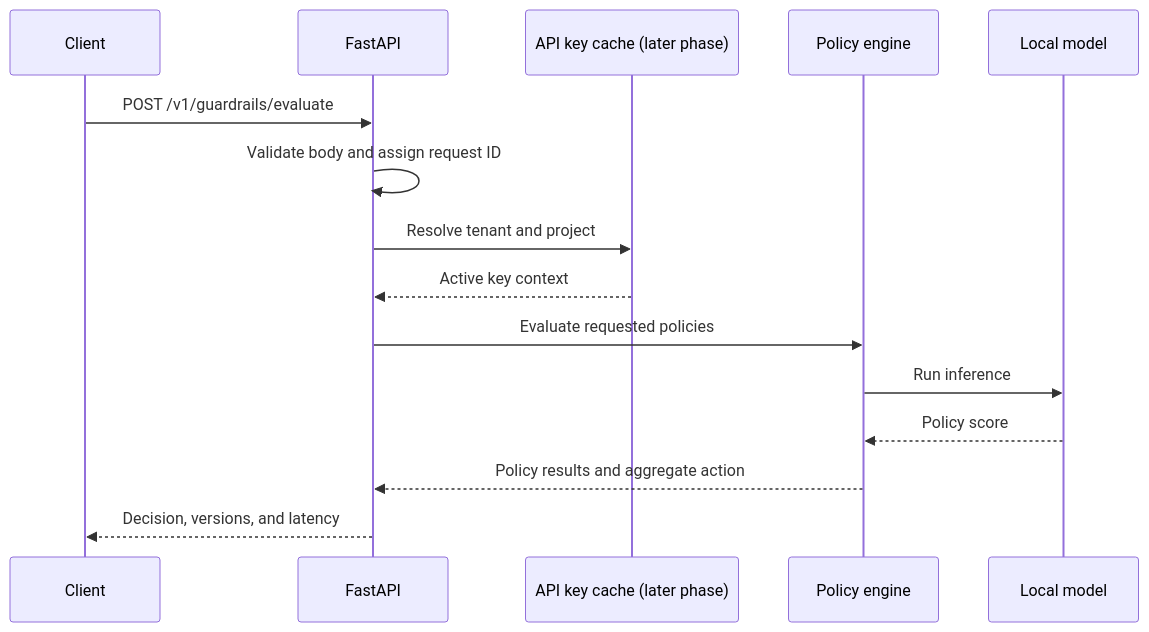
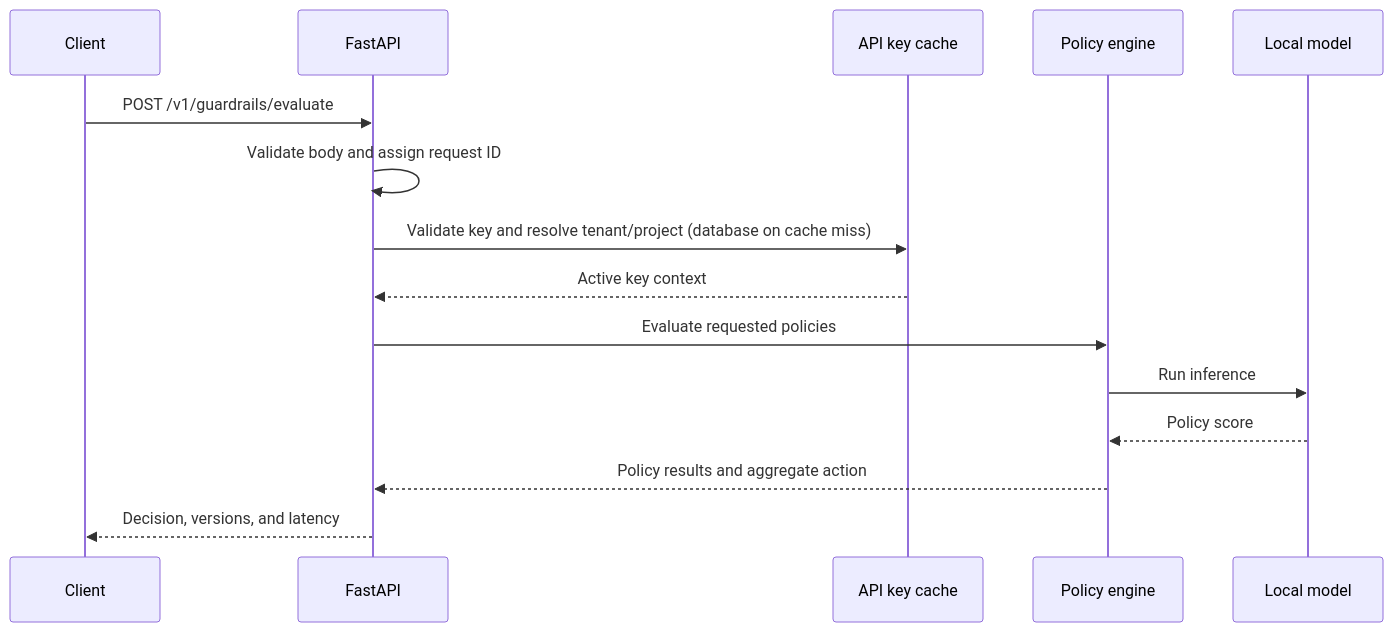
Before and after one commit to amanpratapsingh54/guardrail-mini: the diagram in docs/architecture/inference-path.md, drawn with Mermaid. The commit also changed other lines of this file and 18 other files, not shown here.

Commit message:
Add project-scoped API key authentication

````diff
--- a/docs/architecture/inference-path.md
+++ b/docs/architecture/inference-path.md
@@ -9,17 +9,17 @@
 ```mermaid
 sequenceDiagram
     participant C as Client
     participant A as FastAPI
-    participant K as API key cache (later phase)
+    participant K as API key cache
     participant P as Policy engine
     participant M as Local model
     C->>A: POST /v1/guardrails/evaluate
     A->>A: Validate body and assign request ID
-    A->>K: Resolve tenant and project
+    A->>K: Validate key and resolve tenant/project (database on cache miss)
     K-->>A: Active key context
     A->>P: Evaluate requested policies
     P->>M: Run inference
     M-->>P: Policy score
     P-->>A: Policy results and aggregate action
     A-->>C: Decision, versions, and latency
 ```
````
